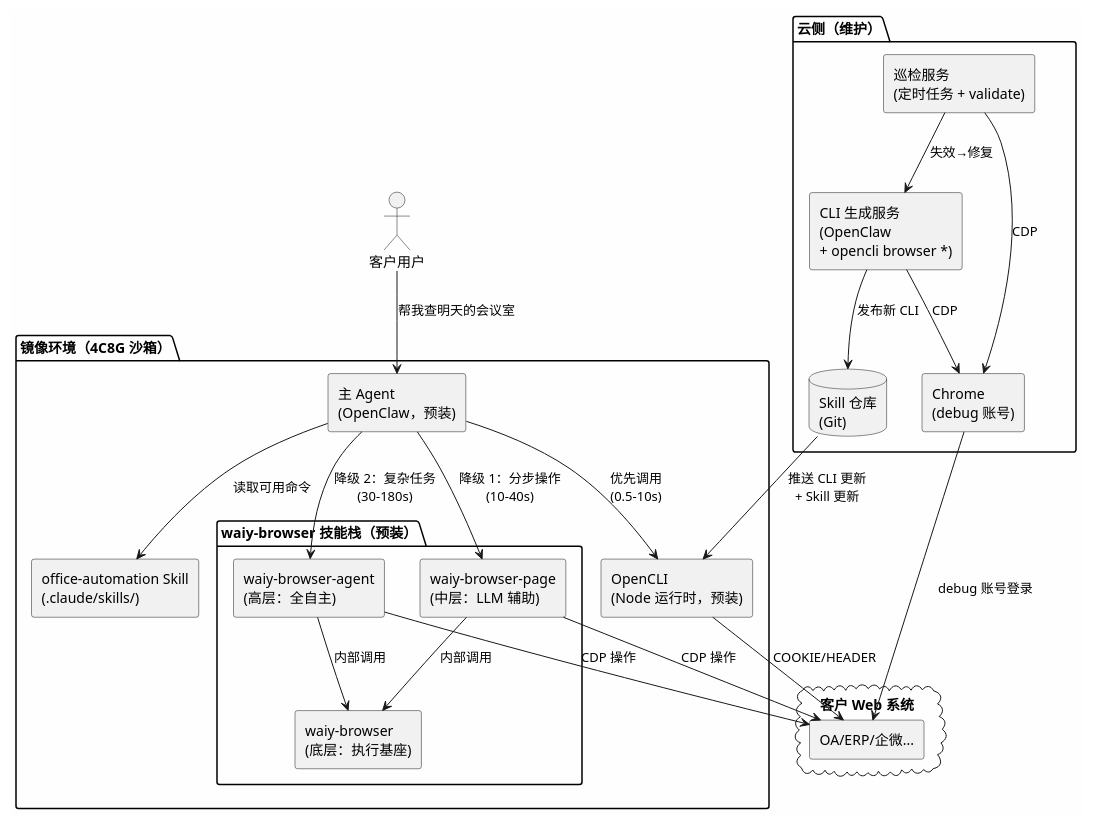
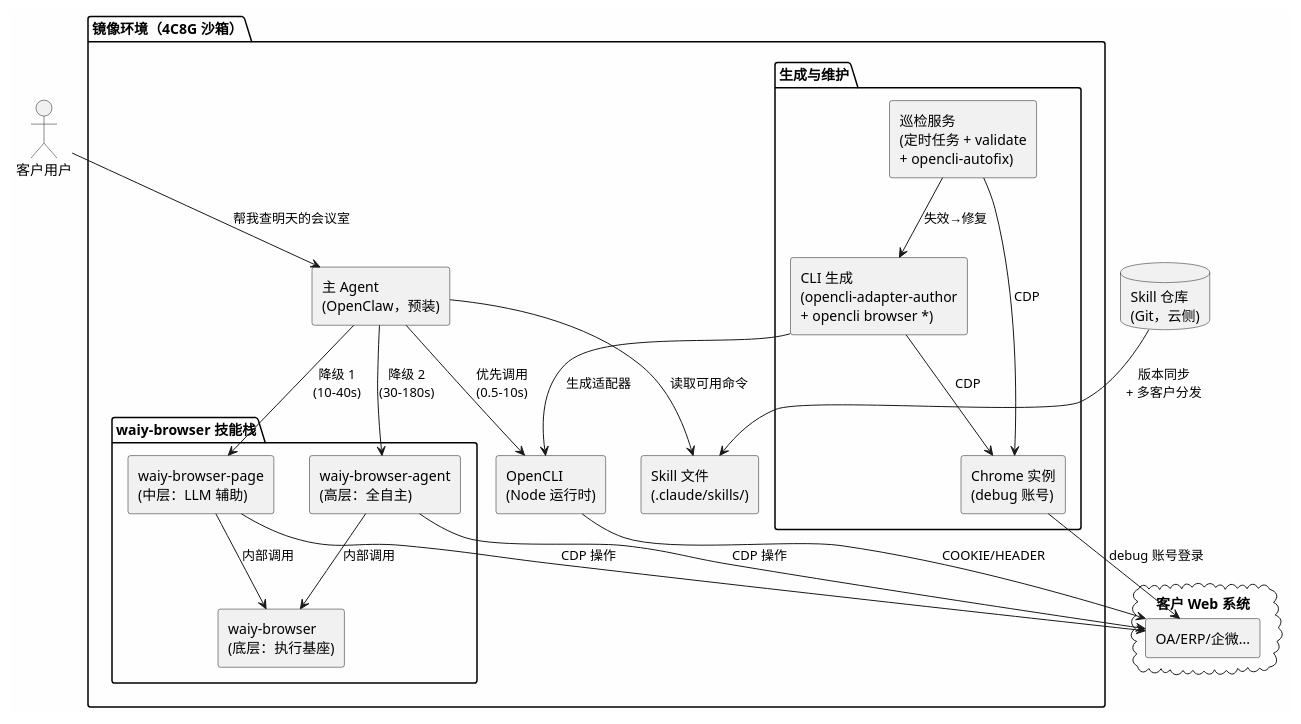
One commit to shadow-cyan/OpenCLI changed the fifth of 7 diagrams in doc/office-automation-architecture.md. Above: the diagram before and after it, drawn with PlantUML. The commit also changed other lines of this file, not shown here.

First line of the commit message:
docs(architecture): move巡检+CLI生成 into镜像环境, add OSS distribution

````diff
--- a/doc/office-automation-architecture.md
+++ b/doc/office-automation-architecture.md
@@ -465,53 +467,54 @@
 ```plantuml
 @startuml
 skinparam componentStyle rectangle
 skinparam backgroundColor #FEFEFE
 
 actor "客户用户" as User
 
 package "镜像环境（4C8G 沙箱）" {
   [主 Agent\n(OpenClaw，预装)] as CC
-  [OpenCLI\n(Node 运行时，预装)] as OC
+  [OpenCLI\n(Node 运行时)] as OC
 
-  package "waiy-browser 技能栈（预装）" {
+  package "waiy-browser 技能栈" {
     [waiy-browser-page\n(中层：LLM 辅助)] as BP
     [waiy-browser-agent\n(高层：全自主)] as BA
     [waiy-browser\n(底层：执行基座)] as BW
 
     BP --> BW : 内部调用
     BA --> BW : 内部调用
   }
 
-  [office-automation Skill\n(.claude/skills/)] as Skill
+  package "生成与维护" {
+    [CLI 生成\n(opencli-adapter-author\n+ opencli browser *)] as Factory
+    [巡检服务\n(定时任务 + validate\n+ opencli-autofix)] as Patrol
+    [Chrome 实例\n(debug 账号)] as Chrome
+
+    Factory --> Chrome : CDP
+    Patrol --> Chrome : CDP
+    Patrol --> Factory : 失效→修复
+  }
+
+  [Skill 文件\n(.claude/skills/)] as Skill
 
   CC --> Skill : 读取可用命令
   CC --> OC : 优先调用\n(0.5-10s)
-  CC --> BP : 降级 1：分步操作\n(10-40s)
-  CC --> BA : 降级 2：复杂任务\n(30-180s)
+  CC --> BP : 降级 1\n(10-40s)
+  CC --> BA : 降级 2\n(30-180s)
+  Factory --> OC : 生成适配器
 }
 
-package "云侧（维护）" {
-  [CLI 生成服务\n(OpenClaw\n+ opencli browser *)] as Factory
-  [巡检服务\n(定时任务 + validate)] as Patrol
-  database "Skill 仓库\n(Git)" as Repo
-  [Chrome\n(debug 账号)] as Chrome
-
-  Factory --> Chrome : CDP
-  Patrol --> Chrome : CDP
-  Factory --> Repo : 发布新 CLI
-  Patrol --> Factory : 失效→修复
-}
+database "Skill 仓库\n(Git，云侧)" as Repo
 
 cloud "客户 Web 系统" {
   [OA/ERP/企微...] as WebSys
 }
 
 User --> CC : "帮我查明天的会议室"
-Repo --> OC : 推送 CLI 更新\n+ Skill 更新
+Repo --> Skill : 版本同步\n+ 多客户分发
 OC --> WebSys : COOKIE/HEADER
 BP --> WebSys : CDP 操作
 BA --> WebSys : CDP 操作
 Chrome --> WebSys : debug 账号登录
 
 @enduml
 ```
````
